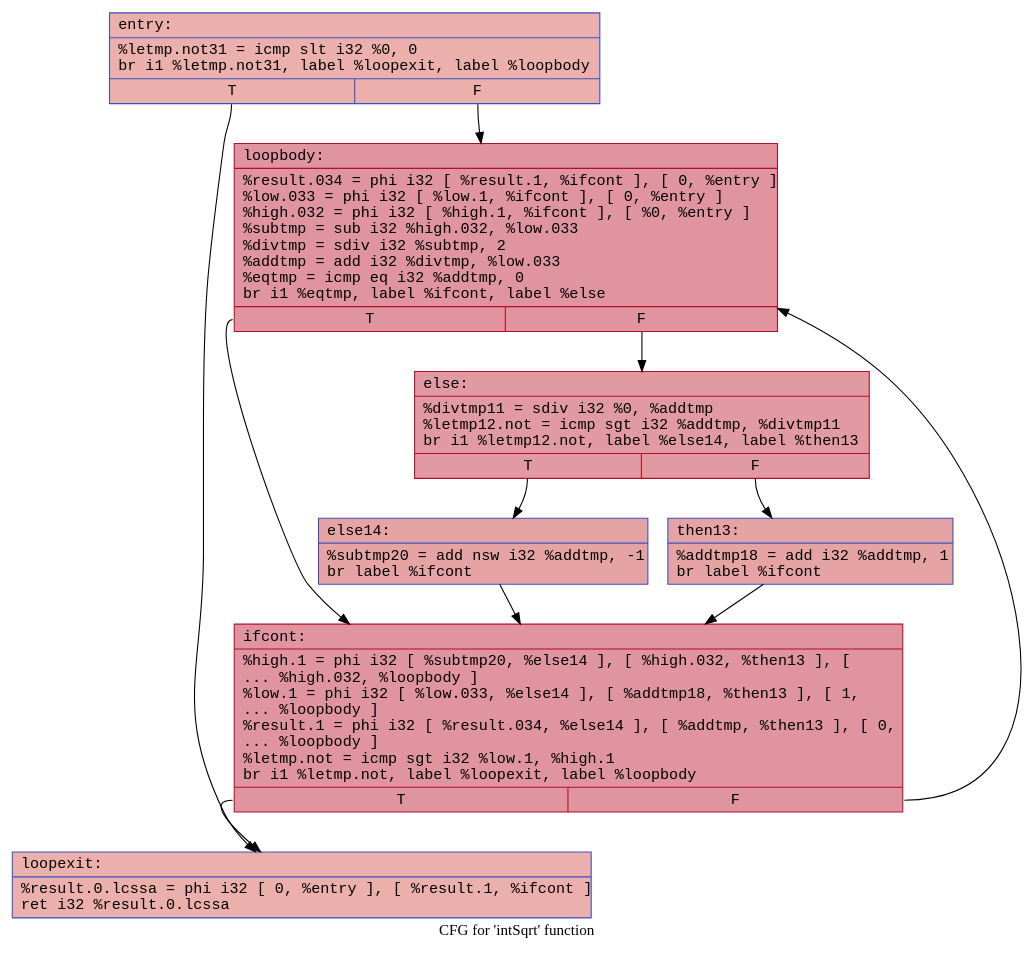
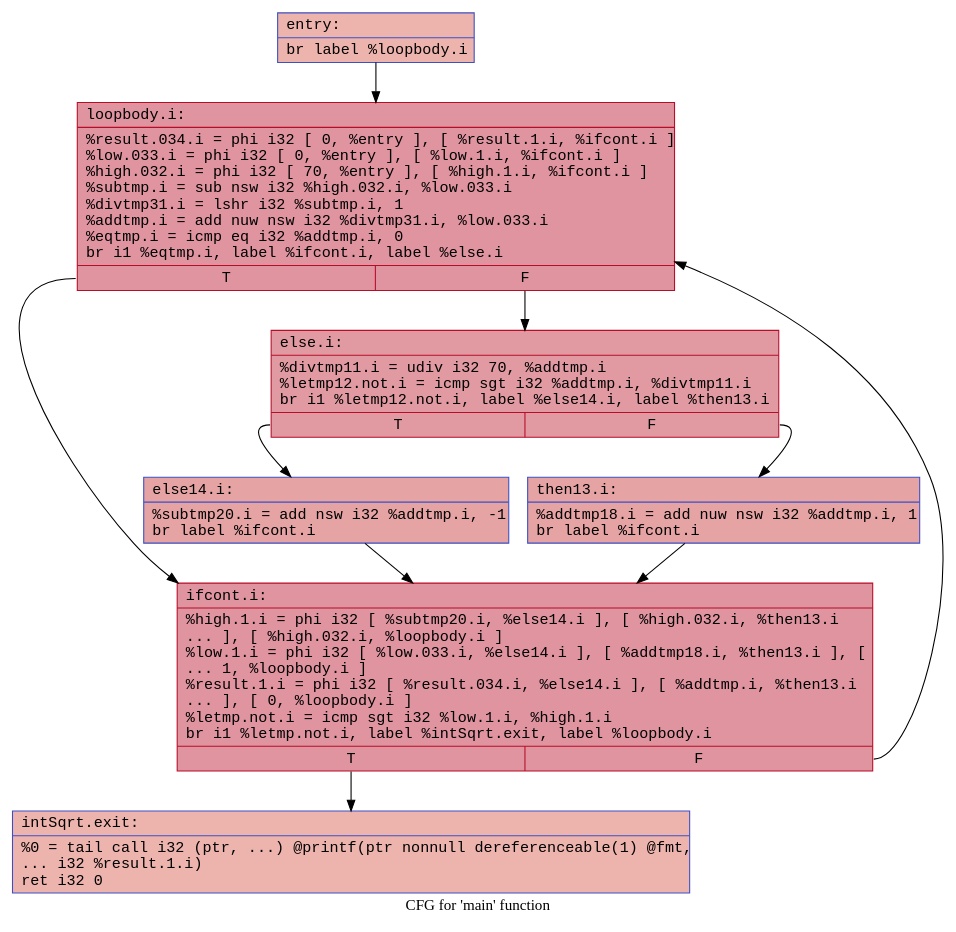
One commit to twanman1412/blueprintScript changed the fourth of 4 diagrams in examples/int_sqrt/int_sqrt.md. Above: the diagram before and after it, drawn with Graphviz. The commit also changed other lines of this file and 58 other files, not shown here.

````diff
--- a/examples/int_sqrt/int_sqrt.md
+++ b/examples/int_sqrt/int_sqrt.md
@@ -89,23 +119,22 @@
 ```dot
-digraph "CFG for 'intSqrt' function" {
-	label="CFG for 'intSqrt' function";
+digraph "CFG for 'main' function" {
+	label="CFG for 'main' function";
 
-	Node0x55985bd2f6a0 [shape=record,color="#3d50c3ff", style=filled, fillcolor="#d24b4070", fontname="Courier",label="{entry:\l|  %letmp.not31 = icmp slt i32 %0, 0\l  br i1 %letmp.not31, label %loopexit, label %loopbody\l|{<s0>T|<s1>F}}"];
-	Node0x55985bd2f6a0:s0 -> Node0x55985bd2f7e0;
-	Node0x55985bd2f6a0:s1 -> Node0x55985bd2fd40;
-	Node0x55985bd2fd40 [shape=record,color="#b70d28ff", style=filled, fillcolor="#b70d2870", fontname="Courier",label="{loopbody:\l|  %result.034 = phi i32 [ %result.1, %ifcont ], [ 0, %entry ]\l  %low.033 = phi i32 [ %low.1, %ifcont ], [ 0, %entry ]\l  %high.032 = phi i32 [ %high.1, %ifcont ], [ %0, %entry ]\l  %subtmp = sub i32 %high.032, %low.033\l  %divtmp = sdiv i32 %subtmp, 2\l  %addtmp = add i32 %divtmp, %low.033\l  %eqtmp = icmp eq i32 %addtmp, 0\l  br i1 %eqtmp, label %ifcont, label %else\l|{<s0>T|<s1>F}}"];
-	Node0x55985bd2fd40:s0 -> Node0x55985bd2ff40;
-	Node0x55985bd2fd40:s1 -> Node0x55985bd30ae0;
-	Node0x55985bd2f7e0 [shape=record,color="#3d50c3ff", style=filled, fillcolor="#d24b4070", fontname="Courier",label="{loopexit:\l|  %result.0.lcssa = phi i32 [ 0, %entry ], [ %result.1, %ifcont ]\l  ret i32 %result.0.lcssa\l}"];
-	Node0x55985bd30ae0 [shape=record,color="#b70d28ff", style=filled, fillcolor="#bb1b2c70", fontname="Courier",label="{else:\l|  %divtmp11 = sdiv i32 %0, %addtmp\l  %letmp12.not = icmp sgt i32 %addtmp, %divtmp11\l  br i1 %letmp12.not, label %else14, label %then13\l|{<s0>T|<s1>F}}"];
-	Node0x55985bd30ae0:s0 -> Node0x55985bd30b60;
-	Node0x55985bd30ae0:s1 -> Node0x55985bd30e50;
-	Node0x55985bd2ff40 [shape=record,color="#b70d28ff", style=filled, fillcolor="#b70d2870", fontname="Courier",label="{ifcont:\l|  %high.1 = phi i32 [ %subtmp20, %else14 ], [ %high.032, %then13 ], [\l... %high.032, %loopbody ]\l  %low.1 = phi i32 [ %low.033, %else14 ], [ %addtmp18, %then13 ], [ 1,\l... %loopbody ]\l  %result.1 = phi i32 [ %result.034, %else14 ], [ %addtmp, %then13 ], [ 0,\l... %loopbody ]\l  %letmp.not = icmp sgt i32 %low.1, %high.1\l  br i1 %letmp.not, label %loopexit, label %loopbody\l|{<s0>T|<s1>F}}"];
-	Node0x55985bd2ff40:s0 -> Node0x55985bd2f7e0;
-	Node0x55985bd2ff40:s1 -> Node0x55985bd2fd40;
-	Node0x55985bd30e50 [shape=record,color="#3d50c3ff", style=filled, fillcolor="#c32e3170", fontname="Courier",label="{then13:\l|  %addtmp18 = add i32 %addtmp, 1\l  br label %ifcont\l}"];
-	Node0x55985bd30e50 -> Node0x55985bd2ff40;
-	Node0x55985bd30b60 [shape=record,color="#3d50c3ff", style=filled, fillcolor="#c32e3170", fontname="Courier",label="{else14:\l|  %subtmp20 = add nsw i32 %addtmp, -1\l  br label %ifcont\l}"];
-	Node0x55985bd30b60 -> Node0x55985bd2ff40;
+	Node0x55f0cca0a3f0 [shape=record,color="#3d50c3ff", style=filled, fillcolor="#d6524470", fontname="Courier",label="{entry:\l|  br label %loopbody.i\l}"];
+	Node0x55f0cca0a3f0 -> Node0x55f0cca0a4b0;
+	Node0x55f0cca0a4b0 [shape=record,color="#b70d28ff", style=filled, fillcolor="#b70d2870", fontname="Courier",label="{loopbody.i:\l|  %result.034.i = phi i32 [ 0, %entry ], [ %result.1.i, %ifcont.i ]\l  %low.033.i = phi i32 [ 0, %entry ], [ %low.1.i, %ifcont.i ]\l  %high.032.i = phi i32 [ 70, %entry ], [ %high.1.i, %ifcont.i ]\l  %subtmp.i = sub nsw i32 %high.032.i, %low.033.i\l  %divtmp31.i = lshr i32 %subtmp.i, 1\l  %addtmp.i = add nuw nsw i32 %divtmp31.i, %low.033.i\l  %eqtmp.i = icmp eq i32 %addtmp.i, 0\l  br i1 %eqtmp.i, label %ifcont.i, label %else.i\l|{<s0>T|<s1>F}}"];
+	Node0x55f0cca0a4b0:s0 -> Node0x55f0cca0c840;
+	Node0x55f0cca0a4b0:s1 -> Node0x55f0cca0d8a0;
+	Node0x55f0cca0d8a0 [shape=record,color="#b70d28ff", style=filled, fillcolor="#bb1b2c70", fontname="Courier",label="{else.i:\l|  %divtmp11.i = udiv i32 70, %addtmp.i\l  %letmp12.not.i = icmp sgt i32 %addtmp.i, %divtmp11.i\l  br i1 %letmp12.not.i, label %else14.i, label %then13.i\l|{<s0>T|<s1>F}}"];
+	Node0x55f0cca0d8a0:s0 -> Node0x55f0cca0d920;
+	Node0x55f0cca0d8a0:s1 -> Node0x55f0cca0db20;
+	Node0x55f0cca0c840 [shape=record,color="#b70d28ff", style=filled, fillcolor="#b70d2870", fontname="Courier",label="{ifcont.i:\l|  %high.1.i = phi i32 [ %subtmp20.i, %else14.i ], [ %high.032.i, %then13.i\l... ], [ %high.032.i, %loopbody.i ]\l  %low.1.i = phi i32 [ %low.033.i, %else14.i ], [ %addtmp18.i, %then13.i ], [\l... 1, %loopbody.i ]\l  %result.1.i = phi i32 [ %result.034.i, %else14.i ], [ %addtmp.i, %then13.i\l... ], [ 0, %loopbody.i ]\l  %letmp.not.i = icmp sgt i32 %low.1.i, %high.1.i\l  br i1 %letmp.not.i, label %intSqrt.exit, label %loopbody.i\l|{<s0>T|<s1>F}}"];
+	Node0x55f0cca0c840:s0 -> Node0x55f0cca0c2d0;
+	Node0x55f0cca0c840:s1 -> Node0x55f0cca0a4b0;
+	Node0x55f0cca0db20 [shape=record,color="#3d50c3ff", style=filled, fillcolor="#c32e3170", fontname="Courier",label="{then13.i:\l|  %addtmp18.i = add nuw nsw i32 %addtmp.i, 1\l  br label %ifcont.i\l}"];
+	Node0x55f0cca0db20 -> Node0x55f0cca0c840;
+	Node0x55f0cca0d920 [shape=record,color="#3d50c3ff", style=filled, fillcolor="#c32e3170", fontname="Courier",label="{else14.i:\l|  %subtmp20.i = add nsw i32 %addtmp.i, -1\l  br label %ifcont.i\l}"];
+	Node0x55f0cca0d920 -> Node0x55f0cca0c840;
+	Node0x55f0cca0c2d0 [shape=record,color="#3d50c3ff", style=filled, fillcolor="#d6524470", fontname="Courier",label="{intSqrt.exit:\l|  %0 = tail call i32 (ptr, ...) @printf(ptr nonnull dereferenceable(1) @fmt,\l... i32 %result.1.i)\l  ret i32 0\l}"];
 }
 ```
````
